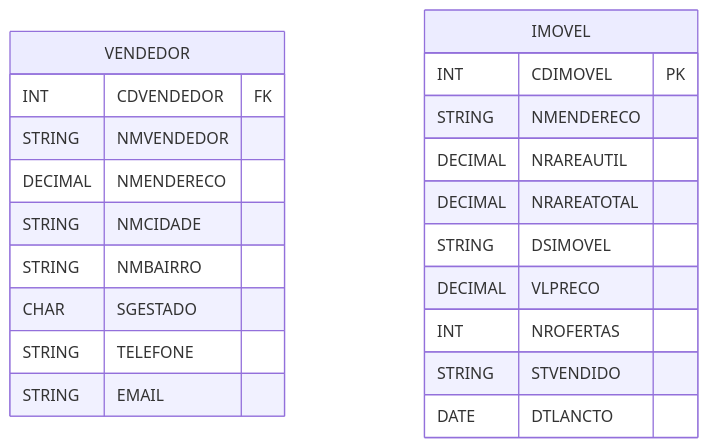
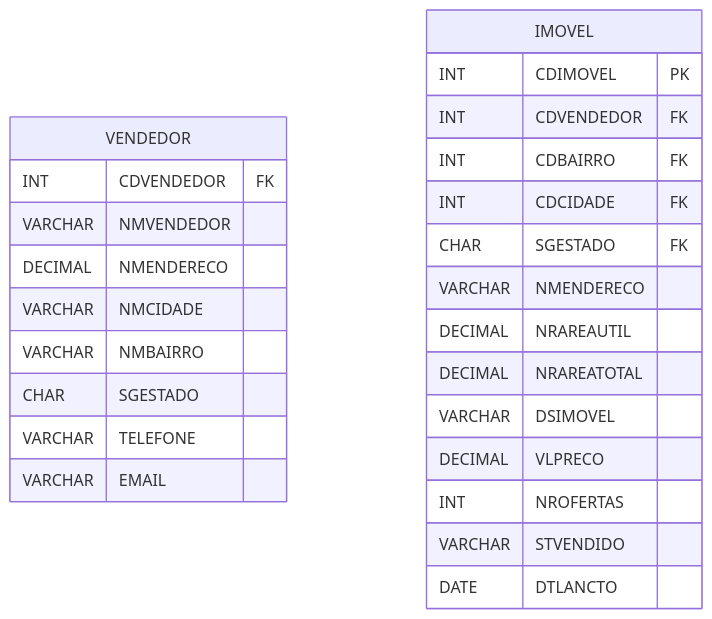
Before and after one commit to marcg-dev/SQLCursoPratico: the fourth of 13 diagrams in pages/Cap2.md, drawn with Mermaid. The commit also changed other lines of this file, not shown here.

````diff
--- a/pages/Cap2.md
+++ b/pages/Cap2.md
@@ -104,24 +104,28 @@
 ```mermaid
 erDiagram
     VENDEDOR {
         INT CDVENDEDOR FK
-        STRING NMVENDEDOR
+        VARCHAR NMVENDEDOR
         DECIMAL NMENDERECO
-        STRING NMCIDADE
-        STRING NMBAIRRO
+        VARCHAR NMCIDADE
+        VARCHAR NMBAIRRO
         CHAR SGESTADO
-        STRING TELEFONE
-        STRING EMAIL
+        VARCHAR TELEFONE
+        VARCHAR EMAIL
     }
     IMOVEL {
         INT CDIMOVEL PK
-        STRING NMENDERECO
+        INT CDVENDEDOR FK
+        INT CDBAIRRO FK
+        INT CDCIDADE FK
+        CHAR SGESTADO FK
+        VARCHAR NMENDERECO
         DECIMAL NRAREAUTIL
         DECIMAL NRAREATOTAL
-        STRING DSIMOVEL
+        VARCHAR DSIMOVEL
         DECIMAL VLPRECO
         INT NROFERTAS
-        STRING STVENDIDO
+        VARCHAR STVENDIDO
         DATE DTLANCTO
     }
 ```
````
